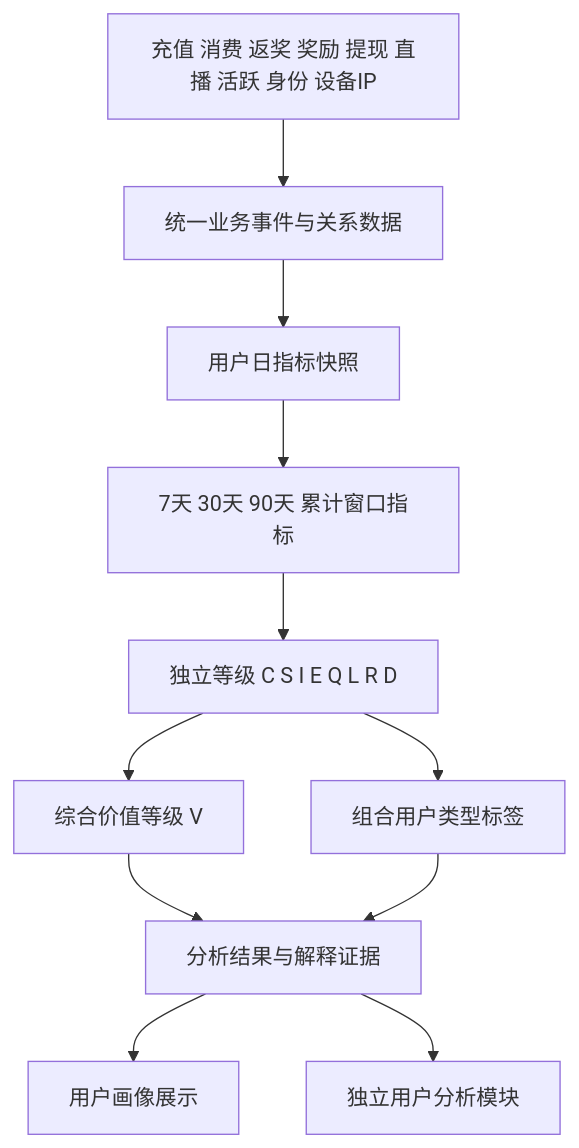
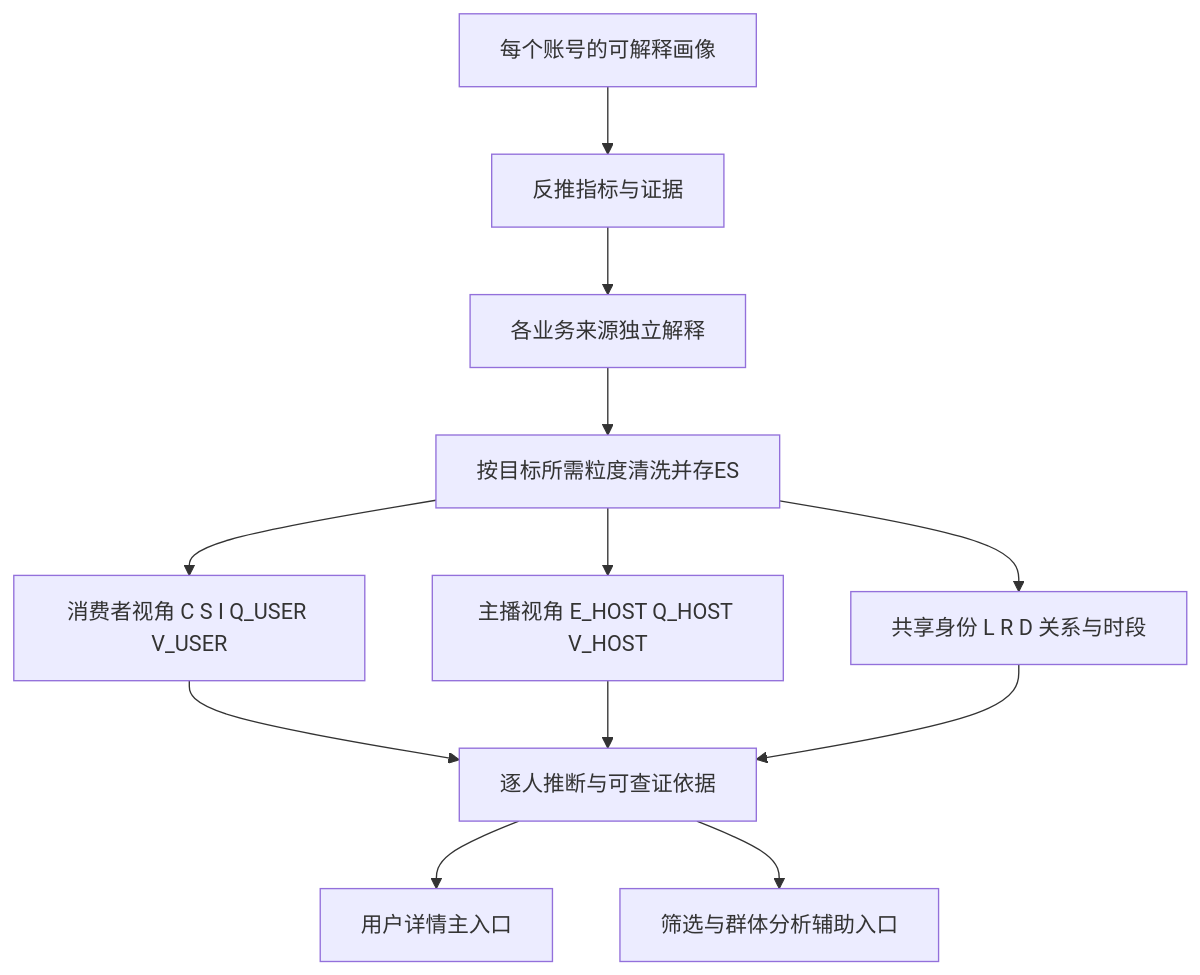
Before and after one commit to lxw13000/sano-pm: the diagram in sano用户画像/需求文档/SANO用户标签与价值识别体系.md, drawn with Mermaid. The commit also changed other lines of this file and 20 other files, not shown here.

````diff
--- a/sano用户画像/需求文档/SANO用户标签与价值识别体系.md
+++ b/sano用户画像/需求文档/SANO用户标签与价值识别体系.md
@@ -56,13 +60,14 @@
 ```mermaid
 flowchart TD
-    Source[充值 消费 返奖 奖励 提现 直播 活跃 身份 设备IP] --> Event[统一业务事件与关系数据]
-    Event --> Daily[用户日指标快照]
-    Daily --> Window[7天 30天 90天 累计窗口指标]
-    Window --> Grade[独立等级 C S I E Q L R D]
-    Grade --> Value[综合价值等级 V]
-    Grade --> Label[组合用户类型标签]
-    Value --> Result[分析结果与解释证据]
-    Label --> Result
-    Result --> Profile[用户画像展示]
-    Result --> Analysis[独立用户分析模块]
+    Goal[每个账号的可解释画像] --> Need[反推指标与证据]
+    Need --> Source[各业务来源独立解释]
+    Source --> Result[按目标所需粒度清洗并存ES]
+    Result --> Consumer[消费者视角 C S I Q_USER V_USER]
+    Result --> Host[主播视角 E_HOST Q_HOST V_HOST]
+    Result --> Shared[共享身份 L R D 关系与时段]
+    Consumer --> Inference[逐人推断与可查证依据]
+    Host --> Inference
+    Shared --> Inference
+    Inference --> Profile[用户详情主入口]
+    Inference --> Filter[筛选与群体分析辅助入口]
 ```
````
